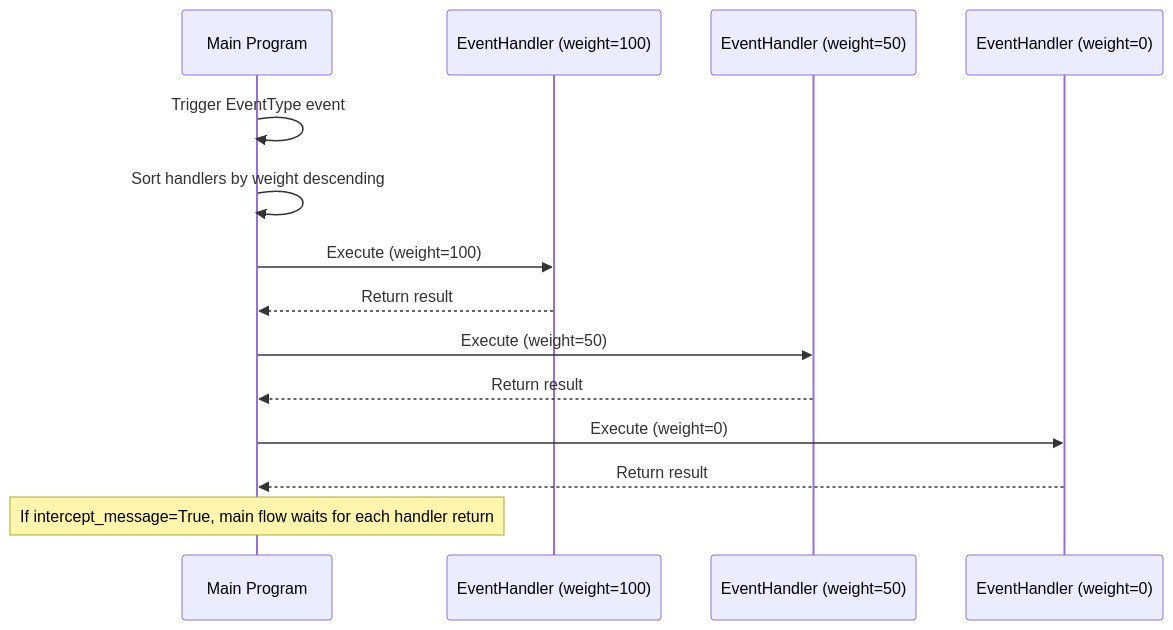
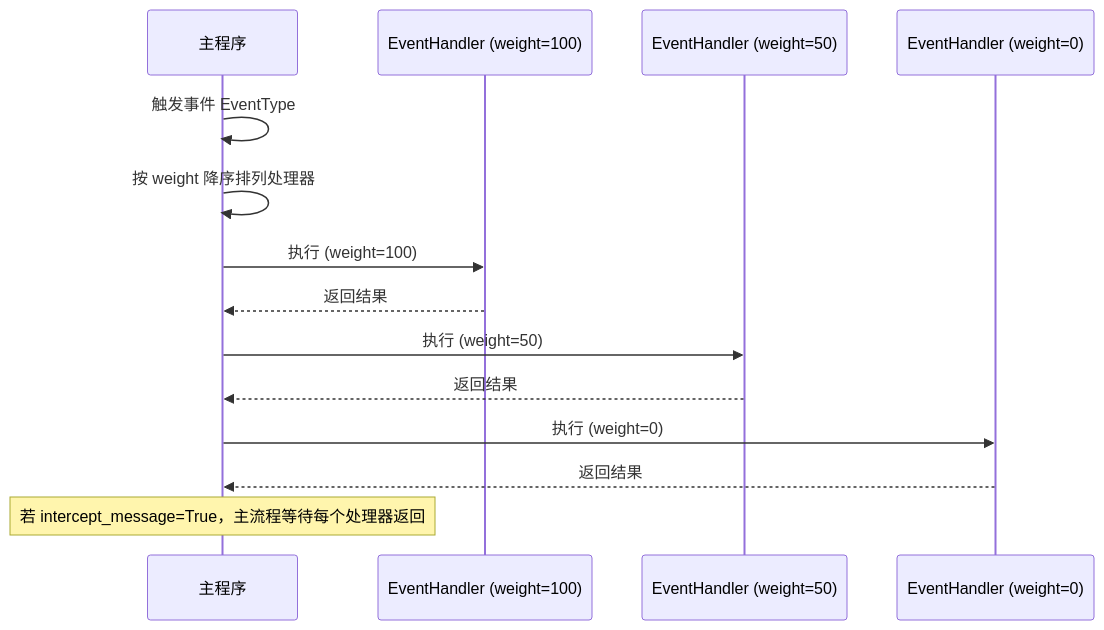
The diagram in en/develop/plugin-dev/event-handlers.md (DrSmoothl/docs), drawn with Mermaid before and after one commit. The commit also changed other lines of this file and 50 other files, not shown here.

````diff
--- a/en/develop/plugin-dev/event-handlers.md
+++ b/en/develop/plugin-dev/event-handlers.md
@@ -227,17 +225,17 @@
 ```mermaid
 sequenceDiagram
-    participant Host as Main Program
+    participant Host as 主程序
     participant EH1 as EventHandler (weight=100)
     participant EH2 as EventHandler (weight=50)
     participant EH3 as EventHandler (weight=0)
 
-    Host->>Host: Trigger EventType event
-    Host->>Host: Sort handlers by weight descending
-    Host->>EH1: Execute (weight=100)
-    EH1-->>Host: Return result
-    Host->>EH2: Execute (weight=50)
-    EH2-->>Host: Return result
-    Host->>EH3: Execute (weight=0)
-    EH3-->>Host: Return result
-    Note over Host: If intercept_message=True, main flow waits for each handler return
+    Host->>Host: 触发事件 EventType
+    Host->>Host: 按 weight 降序排列处理器
+    Host->>EH1: 执行 (weight=100)
+    EH1-->>Host: 返回结果
+    Host->>EH2: 执行 (weight=50)
+    EH2-->>Host: 返回结果
+    Host->>EH3: 执行 (weight=0)
+    EH3-->>Host: 返回结果
+    Note over Host: 若 intercept_message=True，主流程等待每个处理器返回
 ```
````
